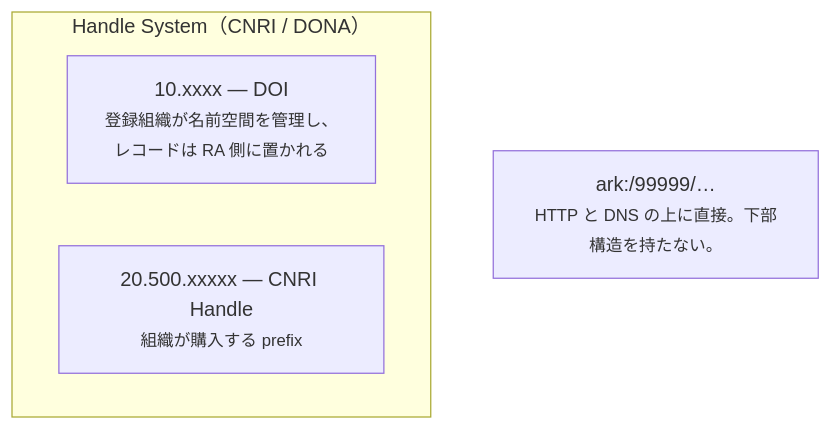
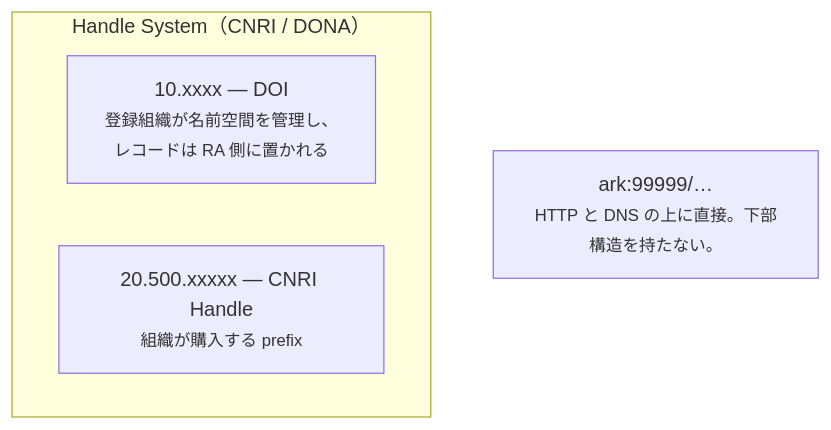
One commit to RCOSDP/arkhe changed the diagram in docs/concepts/ark.ja.md. Above: the diagram before and after it, drawn with Mermaid. The commit also changed other lines of this file and 75 other files, not shown here.

````diff
--- a/docs/concepts/ark.ja.md
+++ b/docs/concepts/ark.ja.md
@@ -18,8 +18,8 @@
 ```mermaid
 flowchart TB
     subgraph H["Handle System（CNRI / DONA）"]
         DOI["10.xxxx — DOI<br/><small>登録組織が名前空間を管理し、<br/>レコードは RA 側に置かれる</small>"]
         HDL["20.500.xxxxx — CNRI Handle<br/><small>組織が購入する prefix</small>"]
     end
-    ARK["ark:/99999/…<br/><small>HTTP と DNS の上に直接。下部構造を持たない。</small>"]
+    ARK["ark:99999/…<br/><small>HTTP と DNS の上に直接。下部構造を持たない。</small>"]
 ```
````
